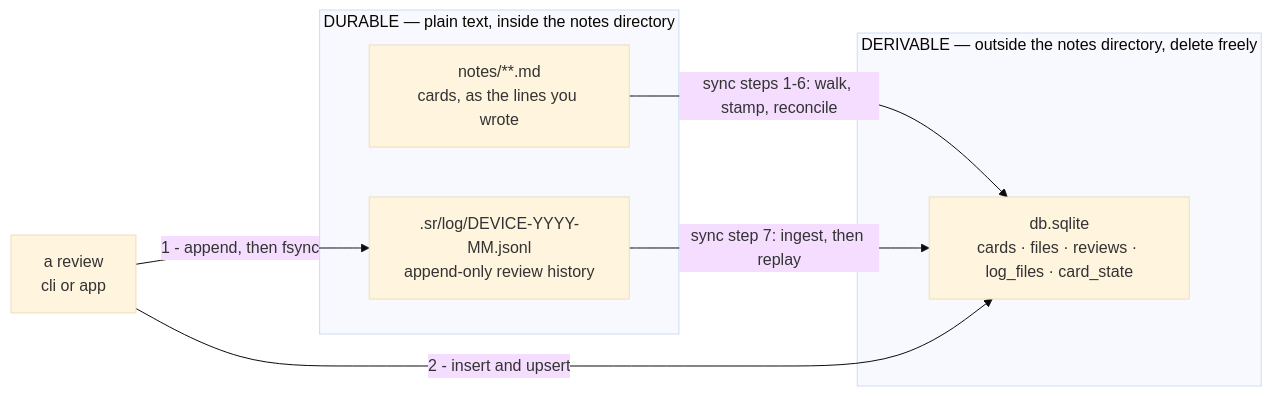
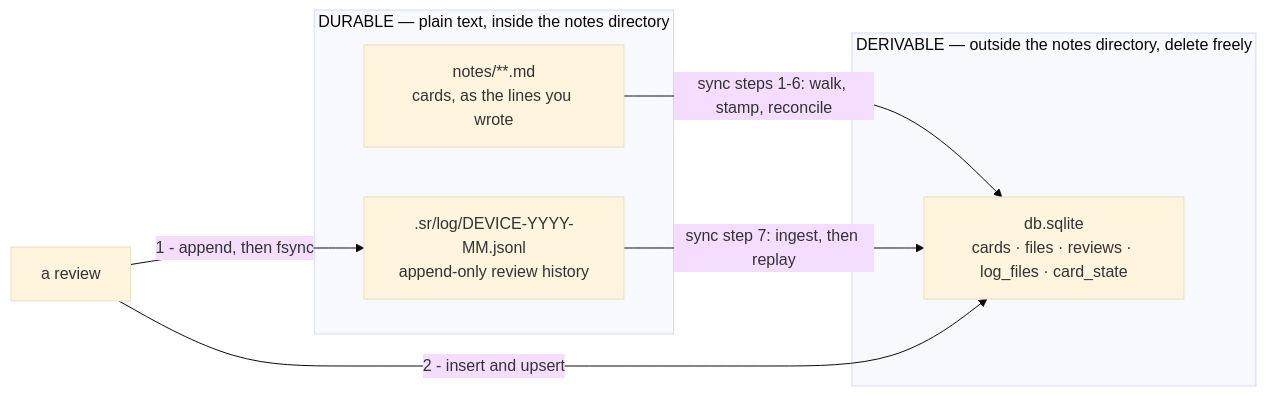
Before and after one commit to T1Fleming/GeodeMd: the diagram in docs/design/data-model.md, drawn with Mermaid (base theme). The commit also changed 37 other files, not shown here.

````diff
--- a/docs/design/data-model.md
+++ b/docs/design/data-model.md
@@ -11,16 +11,16 @@
 ```mermaid
 flowchart LR
     subgraph durable["DURABLE — plain text, inside the notes directory"]
         notes["notes/**.md<br/>cards, as the lines you wrote"]
         log[".sr/log/DEVICE-YYYY-MM.jsonl<br/>append-only review history"]
     end
 
     subgraph derived["DERIVABLE — outside the notes directory, delete freely"]
         db["db.sqlite<br/>cards · files · reviews · log_files · card_state"]
     end
 
     notes -->|"sync steps 1-6: walk, stamp, reconcile"| db
     log -->|"sync step 7: ingest, then replay"| db
-    review["a review<br/>cli or app"] -->|"1 - append, then fsync"| log
+    review["a review"] -->|"1 - append, then fsync"| log
     review -->|"2 - insert and upsert"| db
 ```
````
